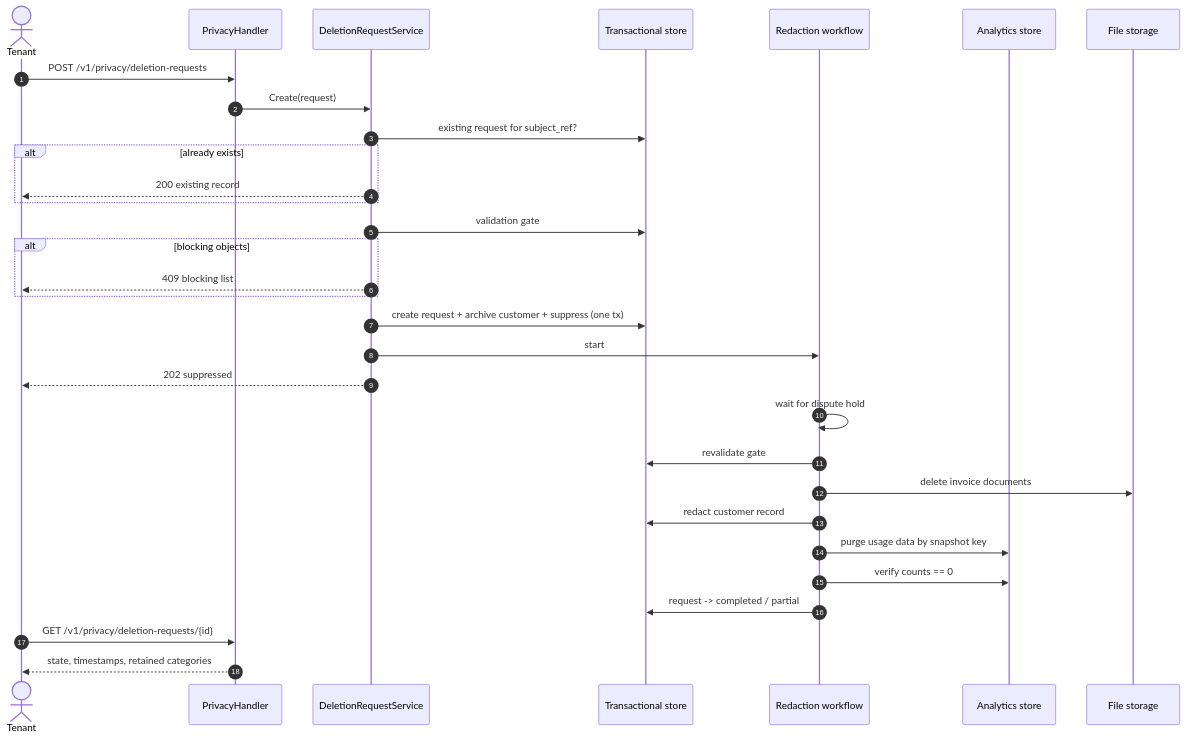
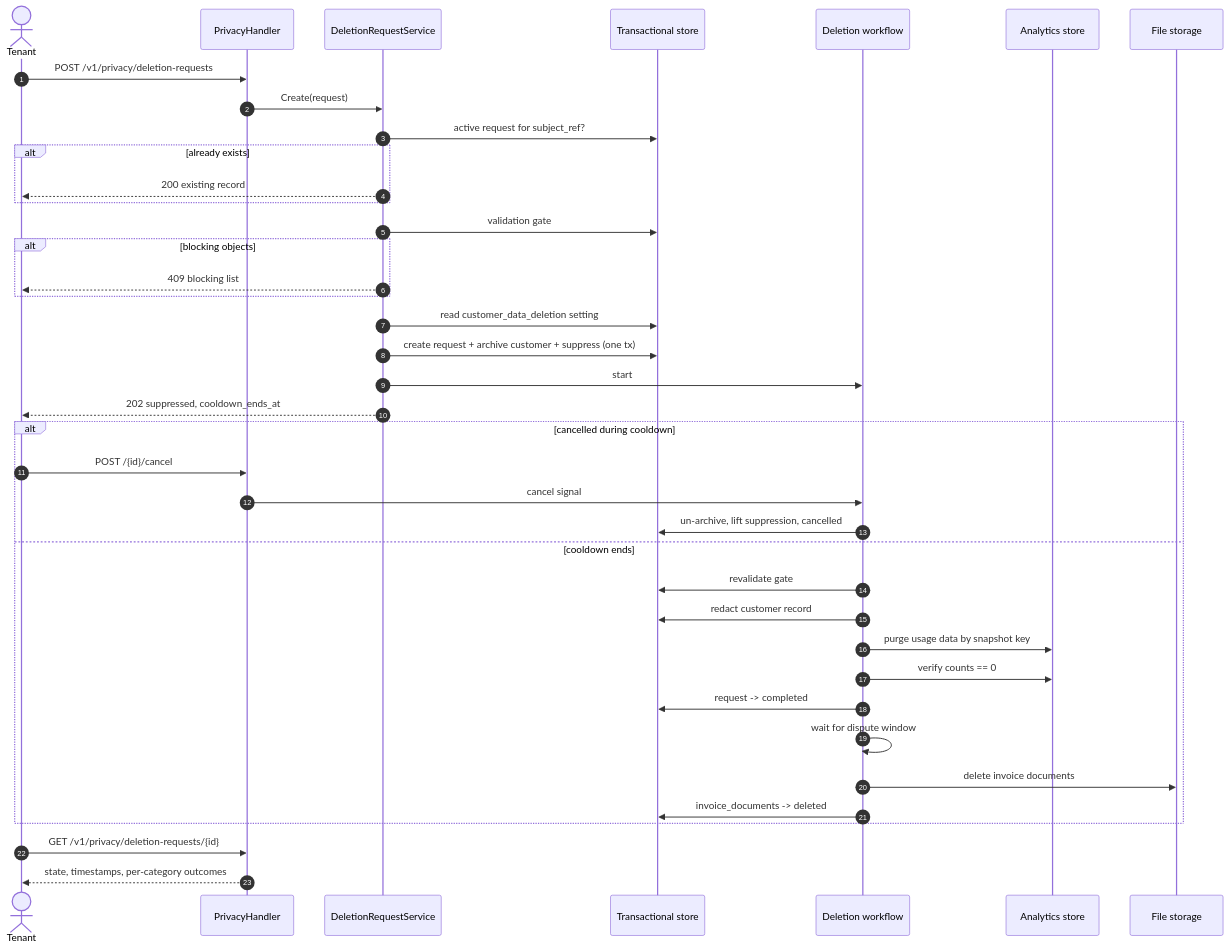
One commit to flexprice/flexprice changed the diagram in docs/design/2026-10-06-customer-data-deletion.md. Above: the diagram before and after it, drawn with Mermaid. The commit also changed other lines of this file, not shown here.

Commit message:
docs: add cooldown, retention classes and access rules to deletion PRD

````diff
--- a/docs/design/2026-10-06-customer-data-deletion.md
+++ b/docs/design/2026-10-06-customer-data-deletion.md
@@ -186,36 +244,44 @@
 ```mermaid
 sequenceDiagram
     autonumber
     actor T as Tenant
     participant API as PrivacyHandler
     participant SVC as DeletionRequestService
     participant PG as Transactional store
-    participant WF as Redaction workflow
+    participant WF as Deletion workflow
     participant AN as Analytics store
     participant FS as File storage
 
     T->>API: POST /v1/privacy/deletion-requests
     API->>SVC: Create(request)
-    SVC->>PG: existing request for subject_ref?
+    SVC->>PG: active request for subject_ref?
     alt already exists
         SVC-->>T: 200 existing record
     end
     SVC->>PG: validation gate
     alt blocking objects
         SVC-->>T: 409 blocking list
     end
+    SVC->>PG: read customer_data_deletion setting
     SVC->>PG: create request + archive customer + suppress (one tx)
     SVC->>WF: start
-    SVC-->>T: 202 suppressed
+    SVC-->>T: 202 suppressed, cooldown_ends_at
 
-    WF->>WF: wait for dispute hold
-    WF->>PG: revalidate gate
-    WF->>FS: delete invoice documents
-    WF->>PG: redact customer record
-    WF->>AN: purge usage data by snapshot key
-    WF->>AN: verify counts == 0
-    WF->>PG: request -> completed / partial
+    alt cancelled during cooldown
+        T->>API: POST /{id}/cancel
+        API->>WF: cancel signal
+        WF->>PG: un-archive, lift suppression, cancelled
+    else cooldown ends
+        WF->>PG: revalidate gate
+        WF->>PG: redact customer record
+        WF->>AN: purge usage data by snapshot key
+        WF->>AN: verify counts == 0
+        WF->>PG: request -> completed
+        WF->>WF: wait for dispute window
+        WF->>FS: delete invoice documents
+        WF->>PG: invoice_documents -> deleted
+    end
 
     T->>API: GET /v1/privacy/deletion-requests/{id}
-    API-->>T: state, timestamps, retained categories
+    API-->>T: state, timestamps, per-category outcomes
 ```
````
